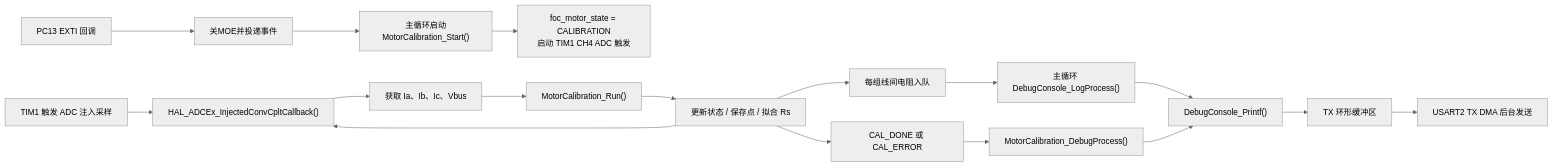
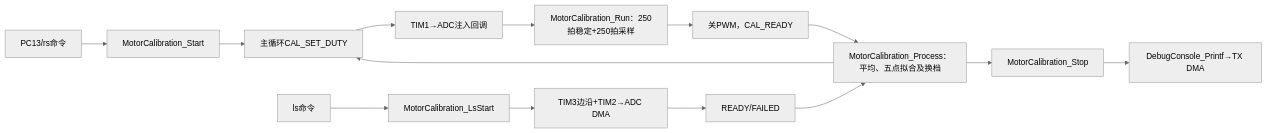
Before and after one commit to FlyFish0825/Observer_Motor: the second of 2 diagrams in docs/参数辨识.md, drawn with Mermaid (neutral theme). The commit also changed other lines of this file, not shown here.

````diff
--- a/docs/参数辨识.md
+++ b/docs/参数辨识.md
@@ -150,19 +145,16 @@
 ```mermaid
 flowchart LR
-    A["PC13 EXTI 回调"] --> P["关MOE并投递事件"]
-    P --> B["主循环启动MotorCalibration_Start()"]
-    B --> C["foc_motor_state = CALIBRATION<br/>启动 TIM1 CH4 ADC 触发"]
-    D["TIM1 触发 ADC 注入采样"] --> E["HAL_ADCEx_InjectedConvCpltCallback()"]
-    E --> F["获取 Ia、Ib、Ic、Vbus"]
-    F --> G["MotorCalibration_Run()"]
-    G --> H["更新状态 / 保存点 / 拟合 Rs"]
-    H --> E
-    H --> I["每组线间电阻入队"]
-    I --> J["主循环 DebugConsole_LogProcess()"]
-    H --> N["CAL_DONE 或 CAL_ERROR"]
-    N --> O["MotorCalibration_DebugProcess()"]
-    J --> K["DebugConsole_Printf()"]
-    O --> K
-    K --> L["TX 环形缓冲区"]
-    L --> M["USART2 TX DMA 后台发送"]
+    A["PC13/rs命令"] --> B["MotorCalibration_Start"]
+    B --> C["主循环CAL_SET_DUTY"]
+    C --> D["TIM1→ADC注入回调"]
+    D --> E["MotorCalibration_Run：250拍稳定+250拍采样"]
+    E --> F["关PWM，CAL_READY"]
+    F --> G["MotorCalibration_Process：平均、五点拟合及换档"]
+    G --> C
+    G --> H["MotorCalibration_Stop"]
+    H --> I["DebugConsole_Printf→TX DMA"]
+    J["ls命令"] --> K["MotorCalibration_LsStart"]
+    K --> L["TIM3边沿+TIM2→ADC DMA"]
+    L --> M["READY/FAILED"]
+    M --> G
 ```
````
